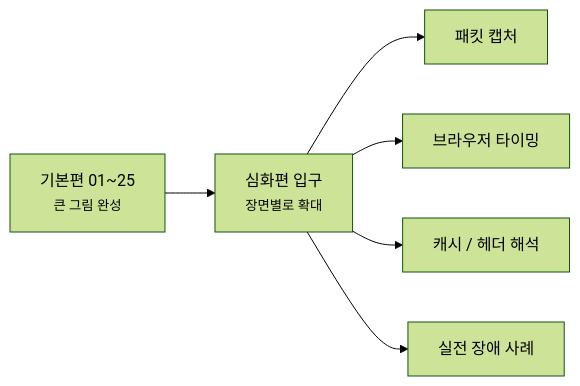
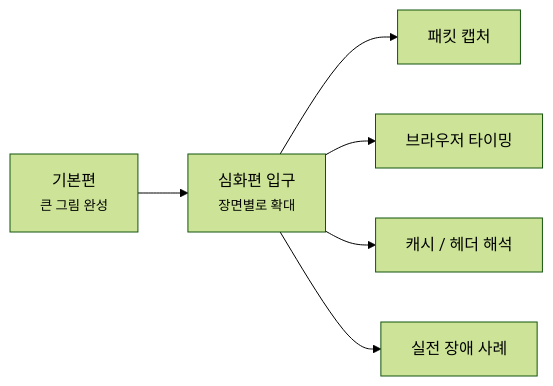
One commit to kmj8843/blog changed the diagram in docs/Network/deep-dive/index.md. Above: the diagram before and after it, drawn with Mermaid (forest theme). The commit also changed other lines of this file and 3 other files, not shown here.

````diff
--- a/docs/Network/deep-dive/index.md
+++ b/docs/Network/deep-dive/index.md
@@ -35,8 +35,8 @@
 ```mermaid
 flowchart LR
-    A[기본편 01~25<br/><small>큰 그림 완성</small>] --> B[심화편 입구<br/><small>장면별로 확대</small>]
+    A[기본편<br/><small>큰 그림 완성</small>] --> B[심화편 입구<br/><small>장면별로 확대</small>]
     B --> C[패킷 캡처]
     B --> D[브라우저 타이밍]
     B --> E[캐시 / 헤더 해석]
     B --> F[실전 장애 사례]
 ```
````
